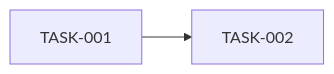
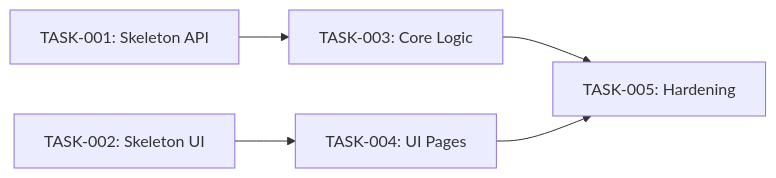
Before and after one commit to nguyentrungtung/agent-kit: the diagram in core/docs/plan/ROADMAP.md, drawn with Mermaid. The commit also changed other lines of this file and 5 other files, not shown here.

````diff
--- a/core/docs/plan/ROADMAP.md
+++ b/core/docs/plan/ROADMAP.md
@@ -14,4 +23,8 @@
 ```mermaid
 flowchart LR
-  T1[TASK-001] --> T2[TASK-002]
+  %% Task độc lập chạy song song bằng worktree:
+  T1[TASK-001: Skeleton API] --> T3[TASK-003: Core Logic]
+  T2[TASK-002: Skeleton UI] --> T4[TASK-004: UI Pages]
+  T3 --> T5[TASK-005: Hardening]
+  T4 --> T5
 ```
````
